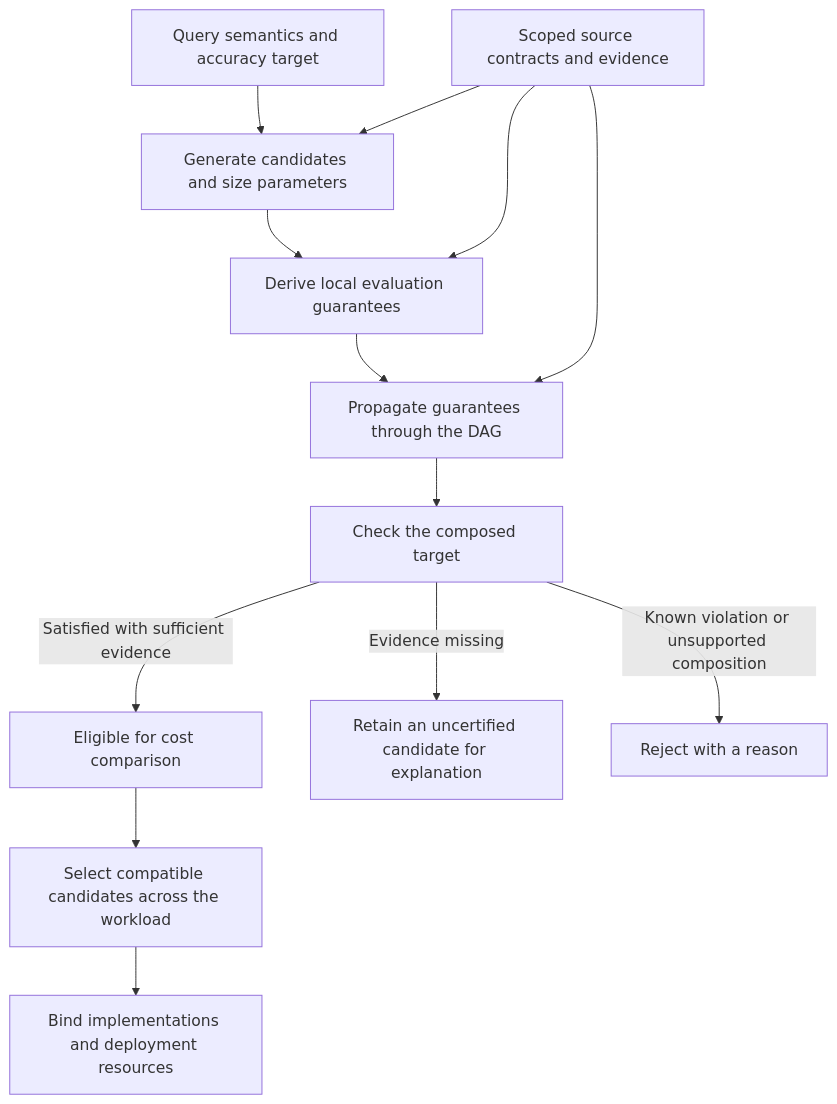
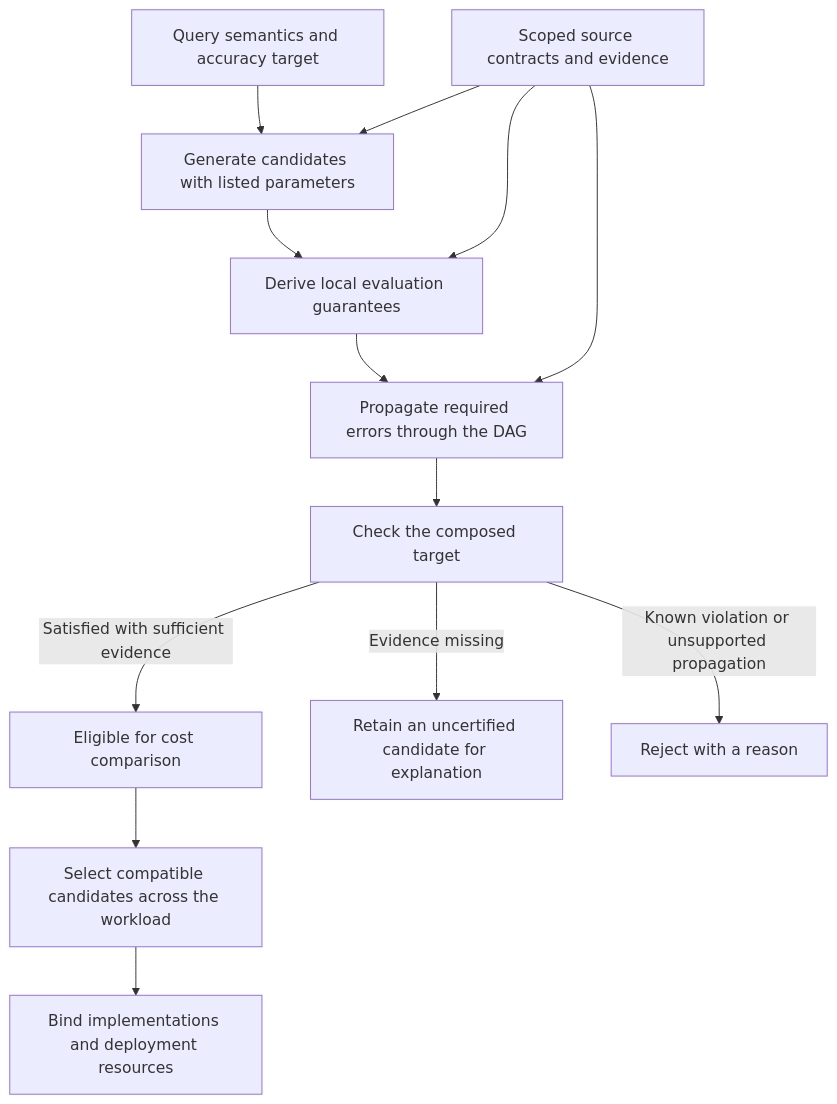
Before and after one commit to ProjectASAP/ASAPPlanner: the first of 2 diagrams in docs/design_docs/concepts/accuracy-models.md, drawn with Mermaid. The commit also changed other lines of this file and 245 other files, not shown here.

````diff
--- a/docs/design_docs/concepts/accuracy-models.md
+++ b/docs/design_docs/concepts/accuracy-models.md
@@ -126,15 +133,15 @@
 ```mermaid
 flowchart TD
-    Request[Query semantics and accuracy target] --> Generate[Generate candidates and size parameters]
+    Request[Query semantics and accuracy target] --> Generate[Generate candidates with listed parameters]
     Evidence[Scoped source contracts and evidence] --> Generate
     Generate --> Local[Derive local evaluation guarantees]
     Evidence --> Local
-    Local --> Compose[Propagate guarantees through the DAG]
+    Local --> Compose[Propagate required errors through the DAG]
     Evidence --> Compose
     Compose --> Check[Check the composed target]
     Check -->|Satisfied with sufficient evidence| Eligible[Eligible for cost comparison]
     Check -->|Evidence missing| Pending[Retain an uncertified candidate for explanation]
-    Check -->|Known violation or unsupported composition| Reject[Reject with a reason]
+    Check -->|Known violation or unsupported propagation| Reject[Reject with a reason]
     Eligible --> Select[Select compatible candidates across the workload]
     Select --> Bind[Bind implementations and deployment resources]
 ```
````
